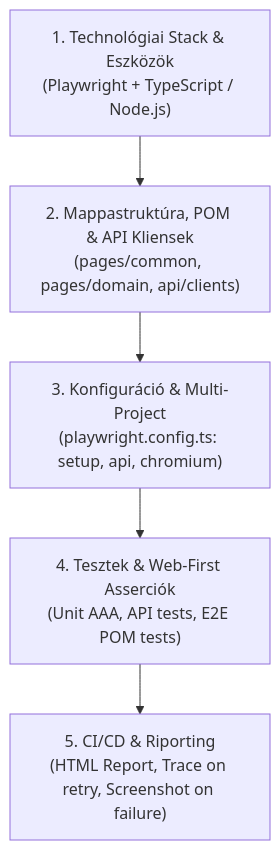
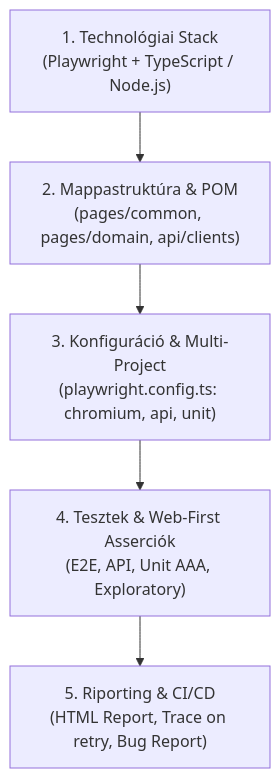
One commit to Szeligor/AI-playground changed the diagram in AGENTS.md. Above: the diagram before and after it, drawn with Mermaid. The commit also changed other lines of this file and 10 other files, not shown here.

Commit message:
docs: separate AGENTS.md and GEMINI.md, implement subagent architecture and lessons learned

````diff
--- a/AGENTS.md
+++ b/AGENTS.md
@@ -95,7 +73,7 @@
 ```mermaid
 flowchart TD
-    A["1. Technológiai Stack & Eszközök\n(Playwright + TypeScript / Node.js)"] --> B["2. Mappastruktúra, POM & API Kliensek\n(pages/common, pages/domain, api/clients)"]
-    B --> C["3. Konfiguráció & Multi-Project\n(playwright.config.ts: setup, api, chromium)"]
-    C --> D["4. Tesztek & Web-First Asserciók\n(Unit AAA, API tests, E2E POM tests)"]
-    D --> E["5. CI/CD & Riporting\n(HTML Report, Trace on retry, Screenshot on failure)"]
+    A["1. Technológiai Stack\n(Playwright + TypeScript / Node.js)"] --> B["2. Mappastruktúra & POM\n(pages/common, pages/domain, api/clients)"]
+    B --> C["3. Konfiguráció & Multi-Project\n(playwright.config.ts: chromium, api, unit)"]
+    C --> D["4. Tesztek & Web-First Asserciók\n(E2E, API, Unit AAA, Exploratory)"]
+    D --> E["5. Riporting & CI/CD\n(HTML Report, Trace on retry, Bug Report)"]
 ```
````
